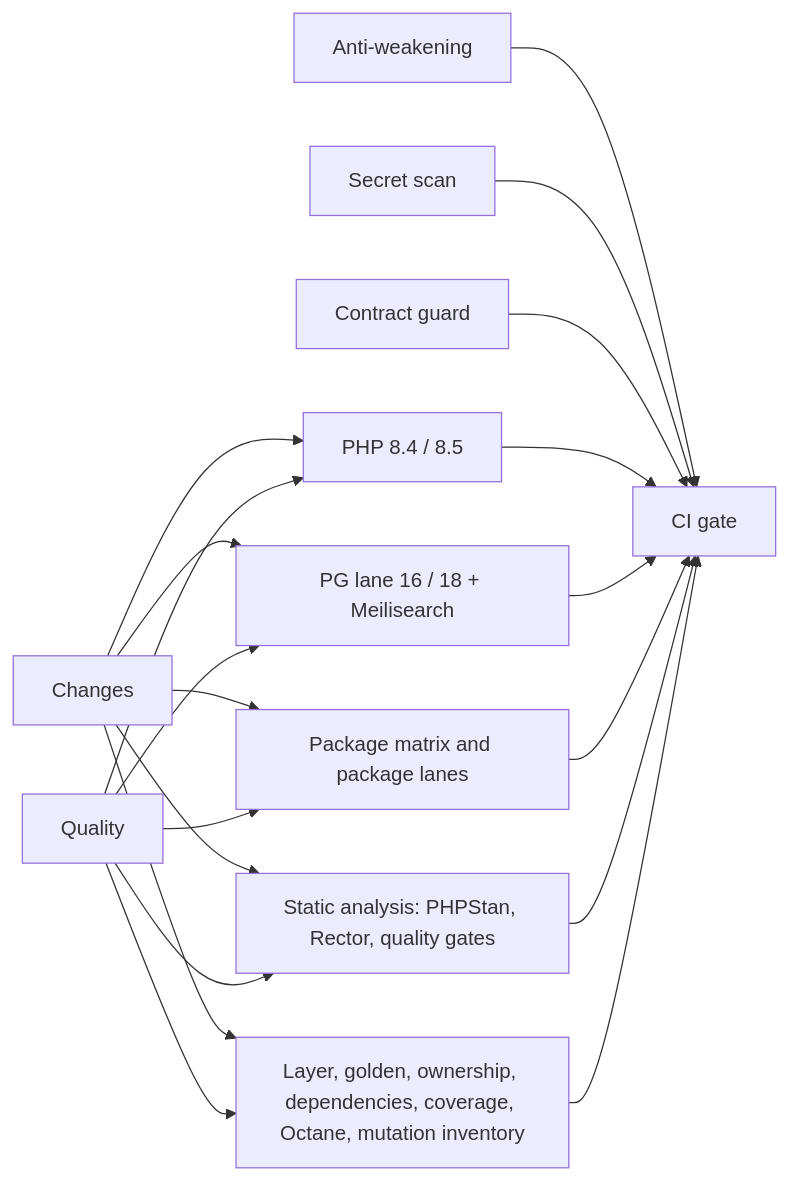
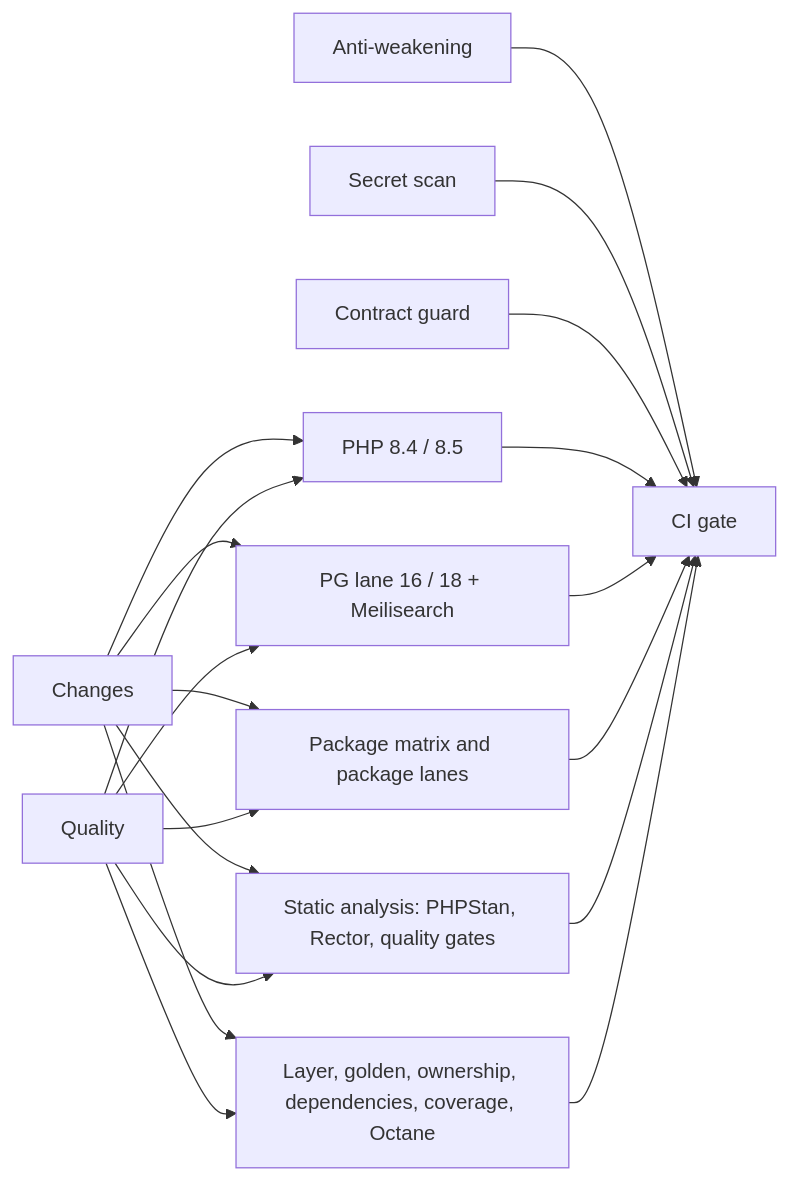
One commit to axiomasoft/corex changed the diagram in docs/testing-ci.md. Above: the diagram before and after it, drawn with Mermaid. The commit also changed other lines of this file and 48 other files, not shown here.

````diff
--- a/docs/testing-ci.md
+++ b/docs/testing-ci.md
@@ -89,12 +89,12 @@
 ```mermaid
 flowchart LR
     changes[Changes] & quality[Quality] --> tests[PHP 8.4 / 8.5]
     changes & quality --> pg[PG lane 16 / 18 + Meilisearch]
     changes & quality --> packages[Package matrix and package lanes]
     changes & quality --> analysis[Static analysis: PHPStan, Rector, quality gates]
-    changes & quality --> gates[Layer, golden, ownership, dependencies, coverage, Octane, mutation inventory]
+    changes & quality --> gates[Layer, golden, ownership, dependencies, coverage, Octane]
     awg[Anti-weakening] --> gate
     secrets[Secret scan] --> gate
     contract[Contract guard] --> gate
     tests & pg & packages & analysis & gates --> gate[CI gate]
 ```
````
